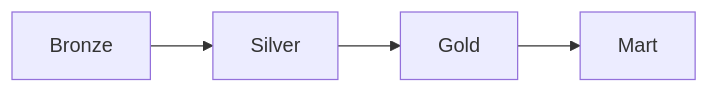
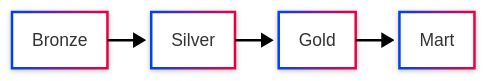
The diagram in src/content/posts/interactive-demo.mdx (amiteshrai/amiteshrai.github.io), drawn with Mermaid before and after one commit. The commit also changed 19 other files, not shown here.

First line of the commit message:
Add native diagram kit, two posts, prev/next nav, docs reorg

````diff
--- a/src/content/posts/interactive-demo.mdx
+++ b/src/content/posts/interactive-demo.mdx
@@ -24,4 +24,10 @@
 ```mermaid
+---
+config:
+  layout: elk
+  look: neo
+  theme: neo
+---
 flowchart LR
   Bronze --> Silver --> Gold --> Mart
 ```
````
